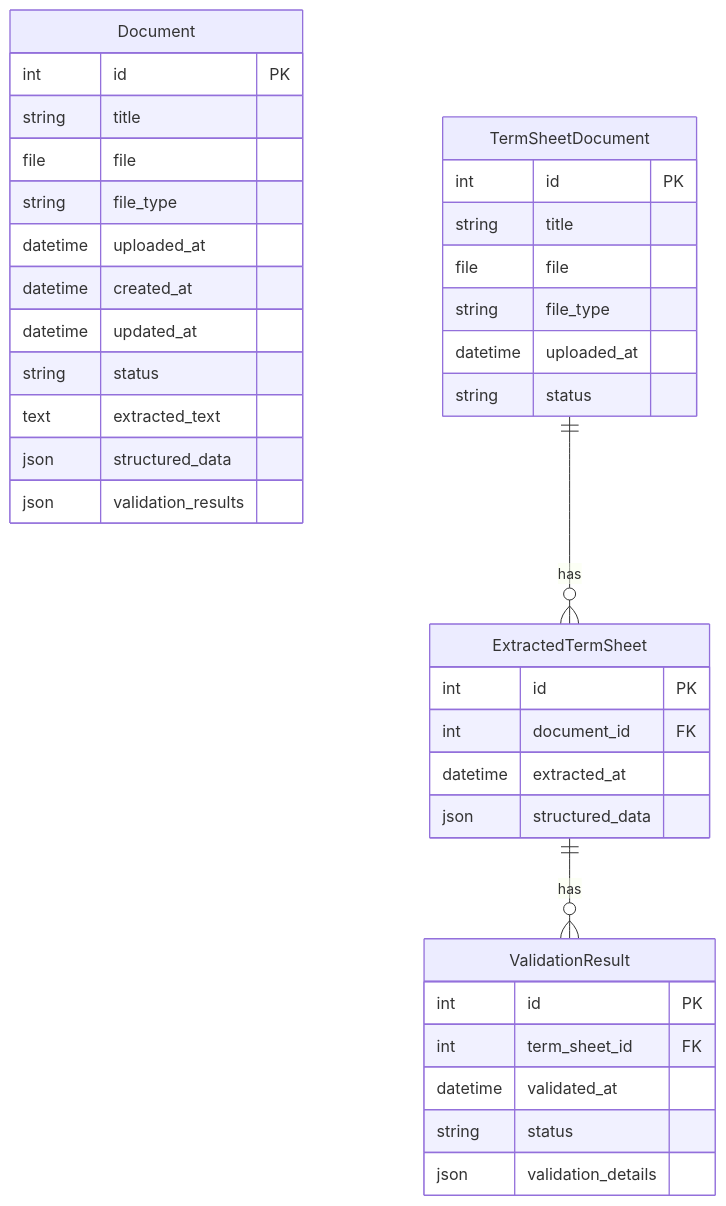
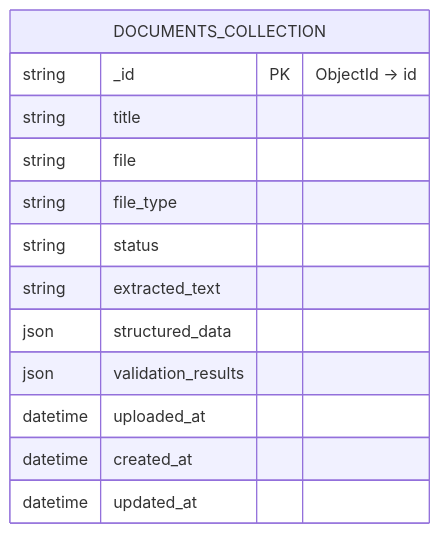
One commit to Atharva-Dhavale/NeuroLex changed the first of 5 diagrams in DOCUMENTATION.md. Above: the diagram before and after it, drawn with Mermaid. The commit also changed other lines of this file and 37 other files, not shown here.

````diff
--- a/DOCUMENTATION.md
+++ b/DOCUMENTATION.md
@@ -441,43 +443,16 @@
 ```mermaid
 erDiagram
-    Document {
-        int id PK
+    DOCUMENTS_COLLECTION {
+        string _id PK "ObjectId → id"
         string title
-        file file
+        string file
         string file_type
+        string status
+        string extracted_text
+        json structured_data
+        json validation_results
         datetime uploaded_at
         datetime created_at
         datetime updated_at
-        string status
-        text extracted_text
-        json structured_data
-        json validation_results
     }
-
-    TermSheetDocument {
-        int id PK
-        string title
-        file file
-        string file_type
-        datetime uploaded_at
-        string status
-    }
-
-    ExtractedTermSheet {
-        int id PK
-        int document_id FK
-        datetime extracted_at
-        json structured_data
-    }
-
-    ValidationResult {
-        int id PK
-        int term_sheet_id FK
-        datetime validated_at
-        string status
-        json validation_details
-    }
-
-    TermSheetDocument ||--o{ ExtractedTermSheet : "has"
-    ExtractedTermSheet ||--o{ ValidationResult : "has"
 ```
````
